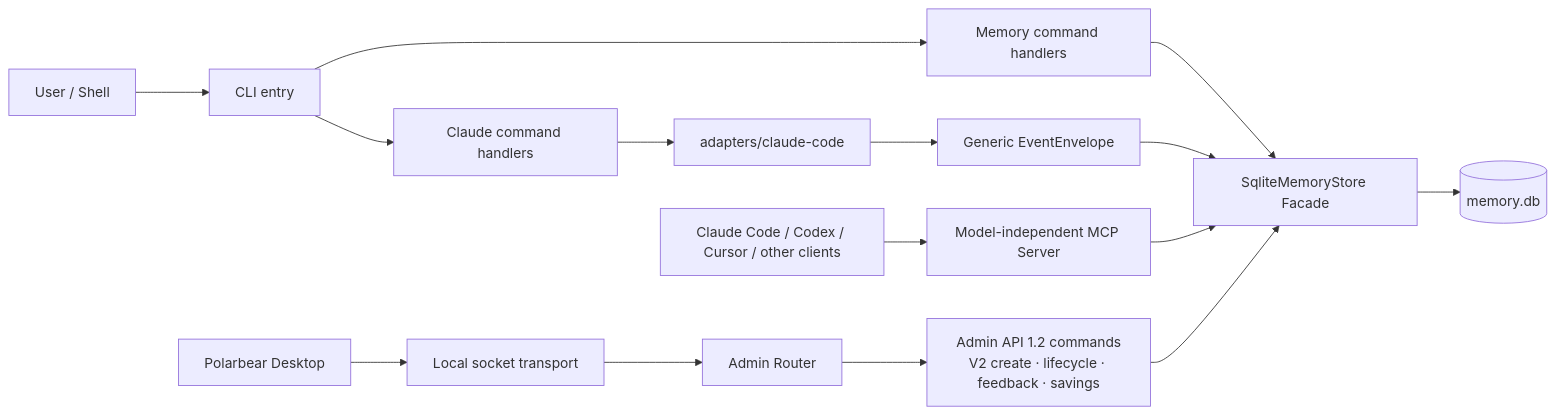
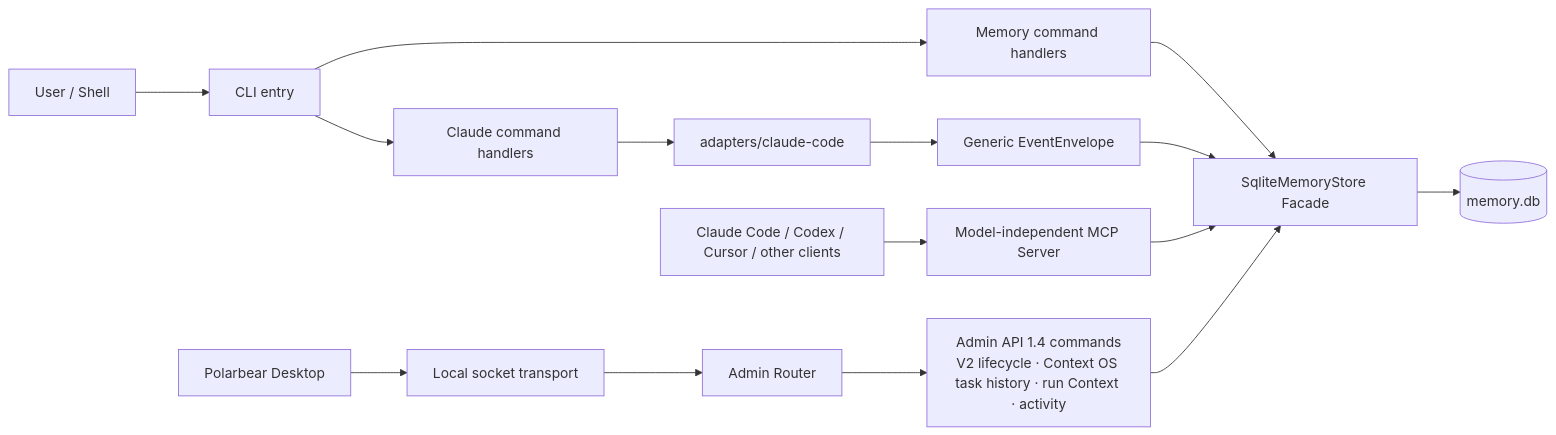
One commit to smartscity/polarbear-memory changed the second of 5 diagrams in docs/TRD_UML_DESIGN.md. Above: the diagram before and after it, drawn with Mermaid. The commit also changed other lines of this file and 52 other files, not shown here.

Commit message:
- Agent Context OS — Upgrade Architecture & Implementation Specification

````diff
--- a/docs/TRD_UML_DESIGN.md
+++ b/docs/TRD_UML_DESIGN.md
@@ -148,19 +148,19 @@
 ```mermaid
 flowchart LR
   User["User / Shell"] --> CLI["CLI entry"]
   CLI --> MemoryCommands["Memory command handlers"]
   CLI --> ClaudeCommands["Claude command handlers"]
   ClaudeCommands --> ClaudeAdapter["adapters/claude-code"]
   ClaudeAdapter --> EventEnvelope["Generic EventEnvelope"]
 
   Agents["Claude Code / Codex / Cursor / other clients"] --> MCP["Model-independent MCP Server"]
   Desktop["Polarbear Desktop"] --> Socket["Local socket transport"]
   Socket --> AdminRouter["Admin Router"]
-  AdminRouter --> AdminCommands["Admin API 1.2 commands\nV2 create · lifecycle · feedback · savings"]
+  AdminRouter --> AdminCommands["Admin API 1.4 commands\nV2 lifecycle · Context OS task history · run Context · activity"]
 
   MemoryCommands --> Facade["SqliteMemoryStore Facade"]
   EventEnvelope --> Facade
   MCP --> Facade
   AdminCommands --> Facade
   Facade --> DB[("memory.db")]
 ```
````
